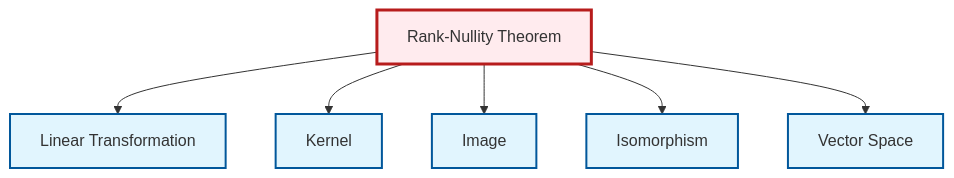
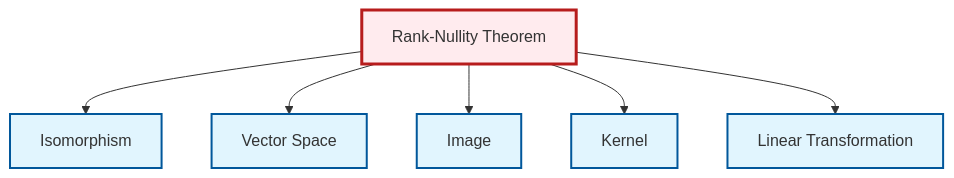
Before and after one commit to RK0429/ModernMath: the diagram in output/mermaid/en/thm-rank-nullity.mermaid, drawn with Mermaid. The commit also changed other lines of this file and 3104 other files, not shown here.

```diff
--- a/output/mermaid/en/thm-rank-nullity.mermaid
+++ b/output/mermaid/en/thm-rank-nullity.mermaid
@@ -1,18 +1,18 @@
 graph TD
     classDef definition fill:#e1f5fe,stroke:#01579b,stroke-width:2px
     classDef theorem fill:#f3e5f5,stroke:#4a148c,stroke-width:2px
     classDef axiom fill:#fff3e0,stroke:#e65100,stroke-width:2px
     classDef example fill:#e8f5e9,stroke:#1b5e20,stroke-width:2px
     classDef current fill:#ffebee,stroke:#b71c1c,stroke-width:3px
+    def-kernel["Kernel"]:::definition
     thm-rank-nullity["Rank-Nullity Theorem"]:::theorem
     def-linear-transformation["Linear Transformation"]:::definition
-    def-kernel["Kernel"]:::definition
+    def-image["Image"]:::definition
+    def-vector-space["Vector Space"]:::definition
     def-isomorphism["Isomorphism"]:::definition
-    def-vector-space["Vector Space"]:::definition
-    def-image["Image"]:::definition
-    thm-rank-nullity --> def-linear-transformation
-    thm-rank-nullity --> def-kernel
-    thm-rank-nullity --> def-image
     thm-rank-nullity --> def-isomorphism
     thm-rank-nullity --> def-vector-space
+    thm-rank-nullity --> def-image
+    thm-rank-nullity --> def-kernel
+    thm-rank-nullity --> def-linear-transformation
     class thm-rank-nullity current
```
